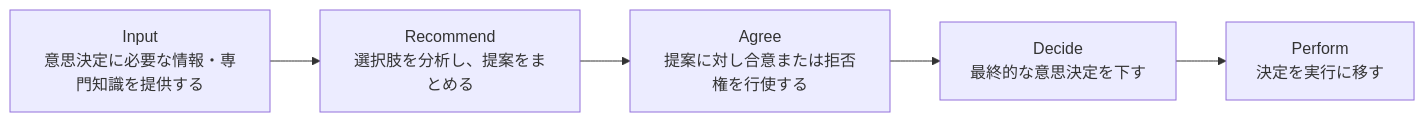
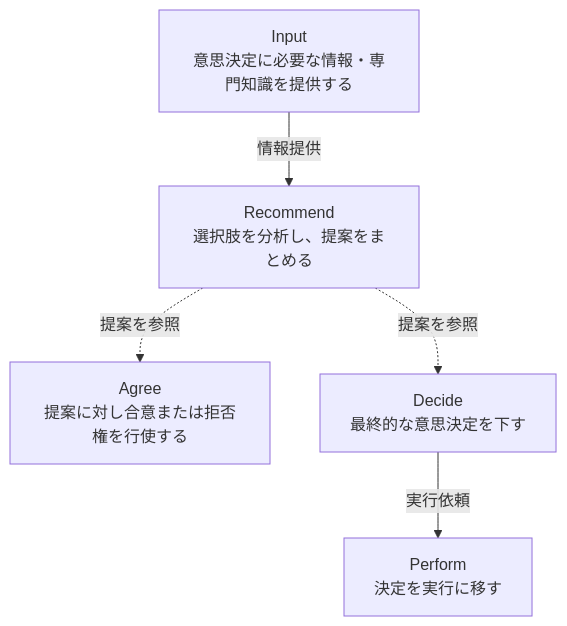
One commit to myoshi2891/Management-Team-Building-Studies changed the seventh of 7 diagrams in Cal2-certified-agile-leader-2-study-guide.md. Above: the diagram before and after it, drawn with Mermaid. The commit also changed 1 other file, not shown here.

Commit message:
fix(diagram): convert RAPID flowcharts from serial to role-relation diagrams
Cal2-certified-agile-leader-2-study-guide.md (lines 446-452):
  - Replaced flowchart LR serial flow with graph TD role-relation diagram
  - Retained only Input->Recommend (info provision) and Decide->Perform
    (execution) as solid arrows; Agree and Decide shown as dashed
    references to Recommend to avoid implying fixed execution order

Cal2-part2-developing-as-a-leader.md (lines 510-530):
  - Removed serial-order arrows including Recommend->Input direction
  - Removed start node and review-loop; kept same role responsibility
    structure with classDef styles preserved
  - Both diagrams now represent role relationships, not workflow steps

````diff
--- a/Cal2-certified-agile-leader-2-study-guide.md
+++ b/Cal2-certified-agile-leader-2-study-guide.md
@@ -446,7 +446,13 @@
 ```mermaid
-flowchart LR
-    I["Input<br/>意思決定に必要な情報・専門知識を提供する"] --> R["Recommend<br/>選択肢を分析し、提案をまとめる"]
-    R --> A["Agree<br/>提案に対し合意または拒否権を行使する"]
-    A --> D["Decide<br/>最終的な意思決定を下す"]
-    D --> P["Perform<br/>決定を実行に移す"]
+graph TD
+    I["Input<br/>意思決定に必要な情報・専門知識を提供する"]
+    R["Recommend<br/>選択肢を分析し、提案をまとめる"]
+    A["Agree<br/>提案に対し合意または拒否権を行使する"]
+    D["Decide<br/>最終的な意思決定を下す"]
+    P["Perform<br/>決定を実行に移す"]
+
+    I -->|情報提供| R
+    D -->|実行依頼| P
+    R -.->|提案を参照| A
+    R -.->|提案を参照| D
 ```
````
